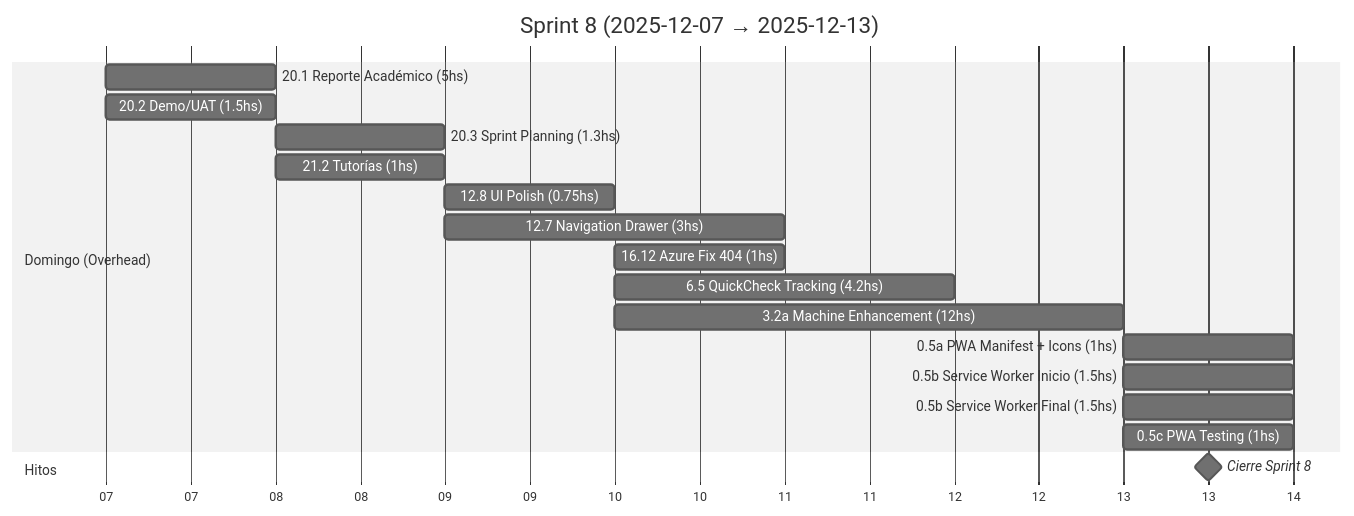
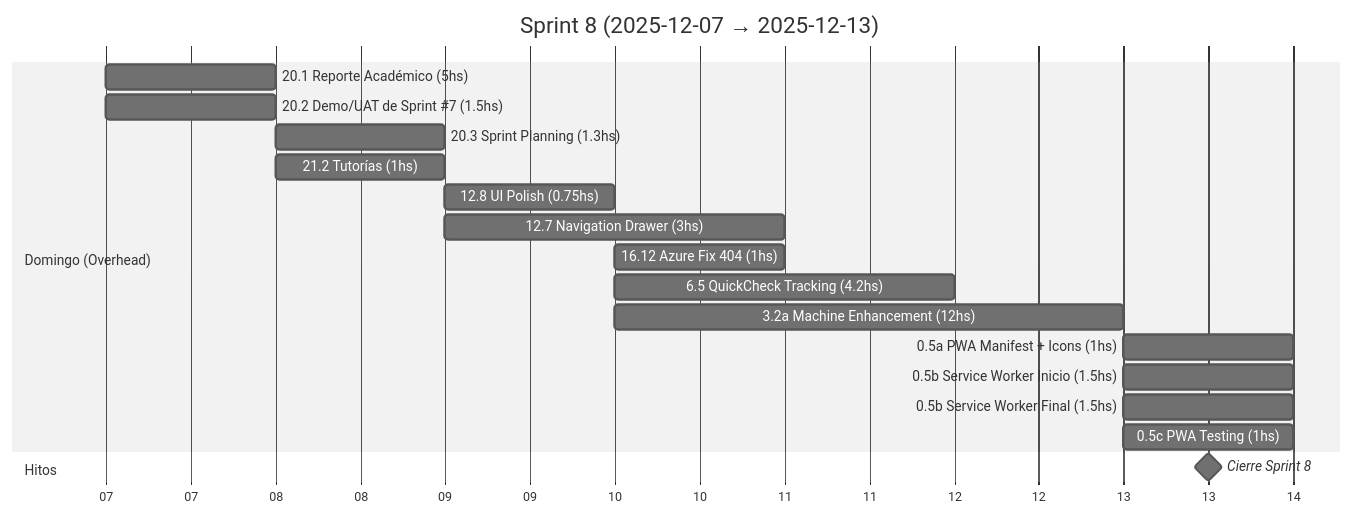
The ninth of 19 diagrams in docs/SprintsGantts.md (MarkMed/FleetMan), drawn with Mermaid (neutral theme) before and after one commit. The commit also changed other lines of this file and 2 other files, not shown here.

Commit message:
feat: Update Sprint planning for sprint 11 and update Gantt charts

````diff
--- a/docs/SprintsGantts.md
+++ b/docs/SprintsGantts.md
@@ -247,27 +247,27 @@
 ```mermaid
 gantt
   title Sprint 8 (2025-12-07 → 2025-12-13)
   dateFormat  YYYY-MM-DD
   axisFormat  %d
 
   %% Asumimos 5 h/día. Horas estimadas incluidas en el nombre.
 
   section Domingo (Overhead)
   20.1 Reporte Académico (5hs)                 :t201, 2025-12-07, 1d
-  20.2 Demo/UAT (1.5hs)                        :t202, 2025-12-07, 1d
+  20.2 Demo/UAT de Sprint #7 (1.5hs)           :t202, 2025-12-07, 1d
   20.3 Sprint Planning (1.3hs)                 :t203, 2025-12-08, 1d
   21.2 Tutorías (1hs)                          :t212, 2025-12-08, 1d
 
   12.8 UI Polish (0.75hs)                      :t128, 2025-12-09, 1d
   12.7 Navigation Drawer (3hs)              :t127a, 2025-12-09, 2d
   16.12 Azure Fix 404 (1hs)                    :t1612, 2025-12-10, 1d
   6.5 QuickCheck Tracking (4.2hs)              :t65, 2025-12-10, 2d
   3.2a Machine Enhancement (12hs)              :t32a, 2025-12-10, 3d
   0.5a PWA Manifest + Icons (1hs)              :t05a, 2025-12-13, 1d
   0.5b Service Worker Inicio (1.5hs)           :t05b1, 2025-12-13, 1d
   0.5b Service Worker Final (1.5hs)            :t05b2, 2025-12-13, 1d
   0.5c PWA Testing (1hs)                       :t05c, 2025-12-13, 1d
 
   section Hitos
   Cierre Sprint 8                              :milestone, s8, 2025-12-13, 1d
 ```
````
